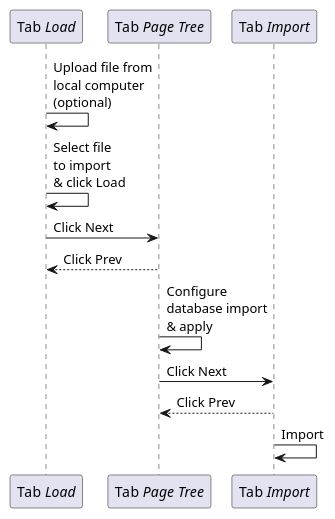
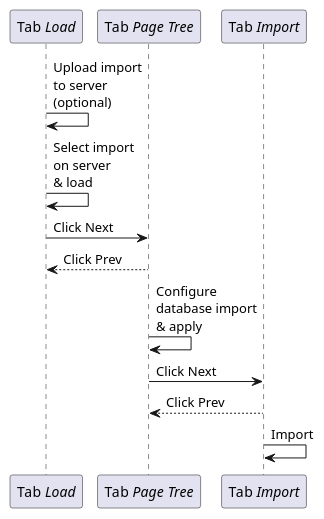
Before and after one commit to alexander-nitsche/TYPO3.CMS: the second of 2 diagrams in typo3/sysext/impexp/Documentation/Introduction/Index.rst, drawn with PlantUML.

Commit message:
[DOCS] Streamline wording

```diff
--- a/typo3/sysext/impexp/Documentation/Introduction/Index.rst
+++ b/typo3/sysext/impexp/Documentation/Introduction/Index.rst
@@ -45,12 +45,12 @@
 .. uml::
 
-   "Tab <i>Load</i>" as tabLoad -> tabLoad: Upload file from\nlocal computer\n(optional)
-   tabLoad -> tabLoad: Select file\nto import\n& click Load
+   "Tab <i>Load</i>" as tabLoad -> tabLoad: Upload import\nto server\n(optional)
+   tabLoad -> tabLoad: Select import\non server\n& load
    tabLoad -> "Tab <i>Page Tree</i>" as tabPageTree: Click Next
    tabPageTree --> tabLoad: Click Prev
 
    tabPageTree -> tabPageTree: Configure\ndatabase import\n& apply
    tabPageTree -> "Tab <i>Import</i>" as tabImport: Click Next
    tabImport --> tabPageTree: Click Prev
 
    tabImport -> tabImport: Import
```
